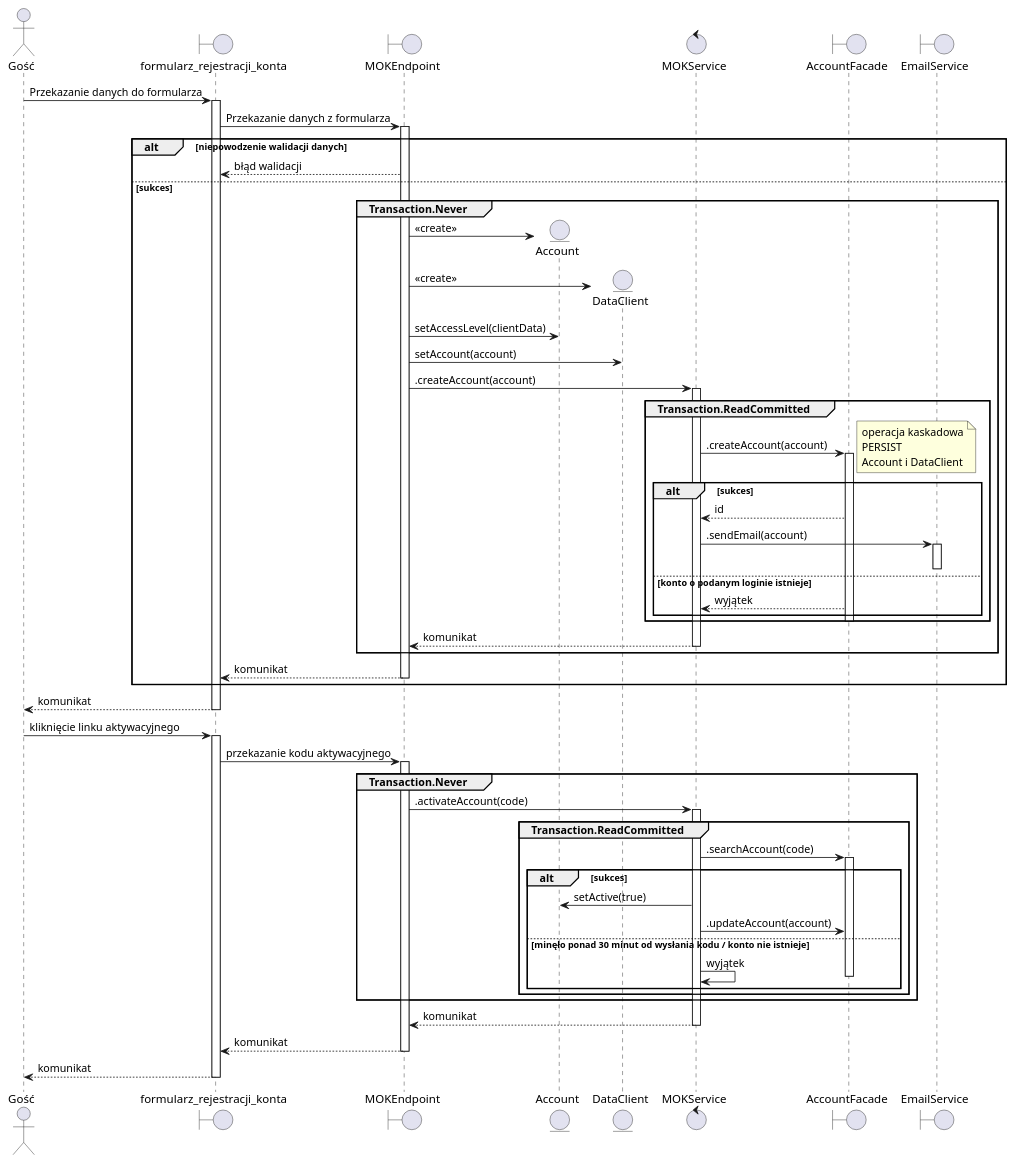
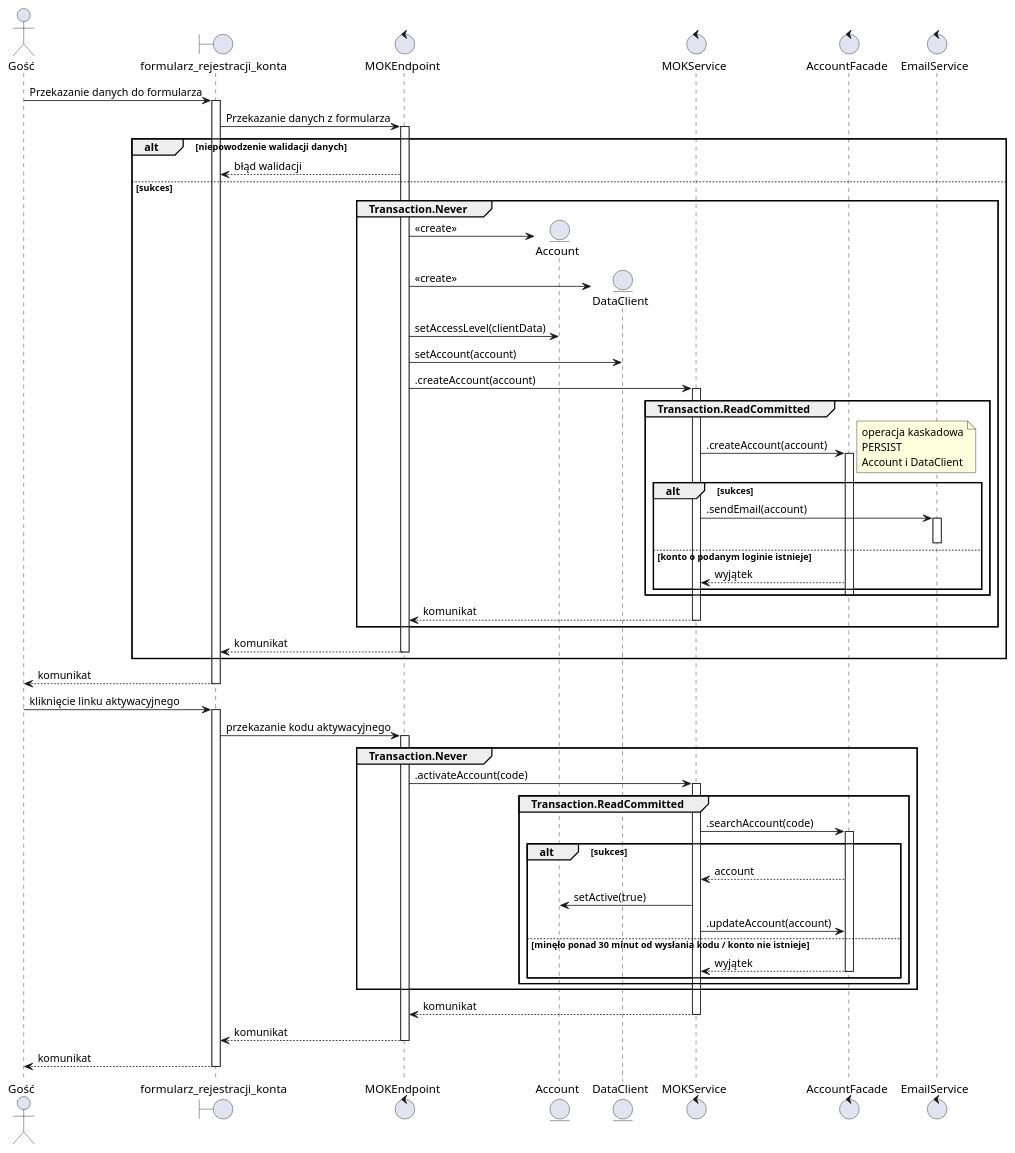
The diagram in src/rozdział 7/mok1.puml (TheVivent-Politechnika-Lodzka/ssbd03_kic_uml), drawn with PlantUML before and after one commit.

Commit message:
tylko ogarnąć  trywialna vs nie trywialna xDDDD

```diff
--- a/src/rozdział 7/mok1.puml
+++ b/src/rozdział 7/mok1.puml
@@ -2,78 +2,79 @@
 @startuml MOK.1
 
 
 actor Gość as guest
 boundary formularz_rejestracji_konta as gui
-boundary MOKEndpoint as endpoint
+control MOKEndpoint as endpoint
 entity Account as account
 entity DataClient as clientData
 control MOKService as service
-boundary AccountFacade as accFacade
-boundary EmailService as emailService
+control AccountFacade as accFacade
+control EmailService as emailService
 
 guest -> gui ++ : Przekazanie danych do formularza
 gui -> endpoint ++ : Przekazanie danych z formularza
 
 alt niepowodzenie walidacji danych
     endpoint --> gui : błąd walidacji
 else sukces
     group Transaction.Never
 
         endpoint -> account **: <<create>>
         endpoint -> clientData **: <<create>>
         endpoint -> account : setAccessLevel(clientData)
         endpoint -> clientData: setAccount(account)
         endpoint -> service ++ : .createAccount(account)
 
         group Transaction.ReadCommitted
             service -> accFacade ++: .createAccount(account)
             note right
                 operacja kaskadowa
                 PERSIST
                 Account i DataClient
             end note
 
             alt sukces
-                accFacade --> service : id
+                ' accFacade --> service : id
                 service -> emailService ++: .sendEmail(account)
                 deactivate
             else konto o podanym loginie istnieje
                 accFacade --> service : wyjątek
             end
 
             deactivate accFacade
             
         end
 
         return komunikat
 
     end
     
     return komunikat
 end
 
 return komunikat
 
 guest -> gui ++: kliknięcie linku aktywacyjnego
 gui -> endpoint ++: przekazanie kodu aktywacyjnego
 group Transaction.Never
     endpoint -> service ++: .activateAccount(code)
     
     group Transaction.ReadCommitted
         service -> accFacade ++: .searchAccount(code)
 
         alt sukces
+            accFacade --> service : account
             service -> account: setActive(true)
             service -> accFacade : .updateAccount(account)
         else minęło ponad 30 minut od wysłania kodu / konto nie istnieje
-            service -> service : wyjątek
-            deactivate 
+            accFacade --> service : wyjątek
+            deactivate
         end
 
     end
 end
 return komunikat
 return komunikat
 return komunikat
 
 @enduml
```
